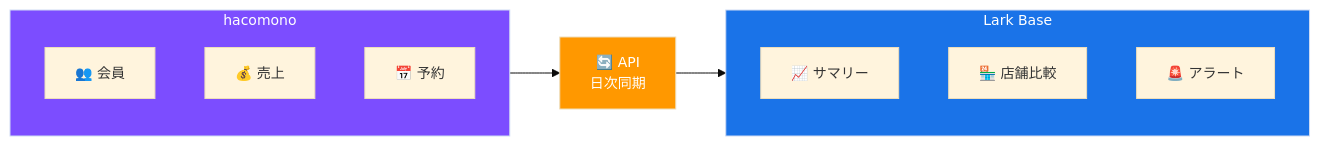
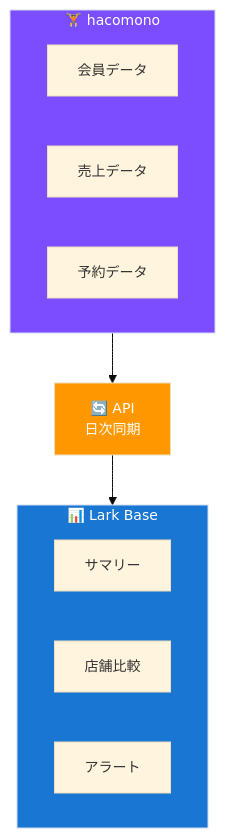
Before and after one commit to PLark-droid/lark-proposal: the eighth of 15 diagrams in docs/FITPLACE_LARK_PROPOSAL.md, drawn with Mermaid. The commit also changed other lines of this file, not shown here.

First line of the commit message:
docs: redesign Mermaid diagrams for A4 portrait layout

````diff
--- a/docs/FITPLACE_LARK_PROPOSAL.md
+++ b/docs/FITPLACE_LARK_PROPOSAL.md
@@ -275,23 +296,23 @@
 ```mermaid
-%%{init: {'theme': 'base', 'themeVariables': { 'fontSize': '14px'}}}%%
-flowchart LR
-    subgraph SRC["hacomono"]
-        A1["👥 会員"]
-        A2["💰 売上"]
-        A3["📅 予約"]
+%%{init: {'theme': 'base', 'themeVariables': {'fontSize': '14px'}}}%%
+flowchart TB
+    subgraph src["🏋️ hacomono"]
+        H1["会員データ"]
+        H2["売上データ"]
+        H3["予約データ"]
     end
 
-    B["🔄 API\n日次同期"]
+    API["🔄 API<br/>日次同期"]
 
-    subgraph DST["Lark Base"]
-        C1["📈 サマリー"]
-        C2["🏪 店舗比較"]
-        C3["🚨 アラート"]
+    subgraph dst["📊 Lark Base"]
+        L1["サマリー"]
+        L2["店舗比較"]
+        L3["アラート"]
     end
 
-    SRC --> B --> DST
+    src --> API --> dst
 
-    style SRC fill:#7c4dff,color:#fff
-    style B fill:#ff9800,color:#fff
-    style DST fill:#1a73e8,color:#fff
+    style src fill:#7c4dff,color:#fff
+    style API fill:#ff9800,color:#fff
+    style dst fill:#1976d2,color:#fff
 ```
````
